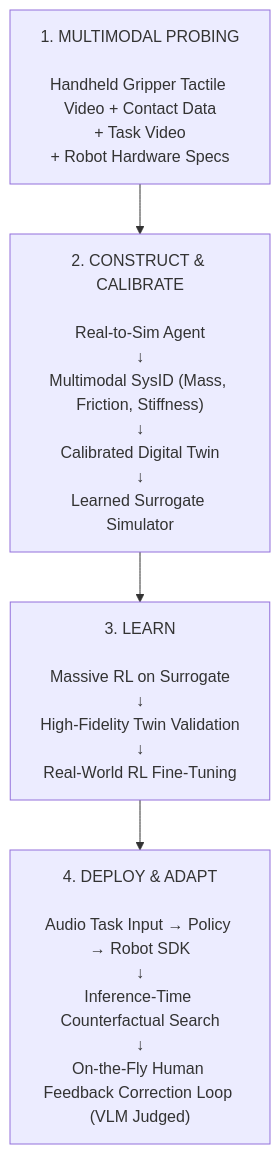
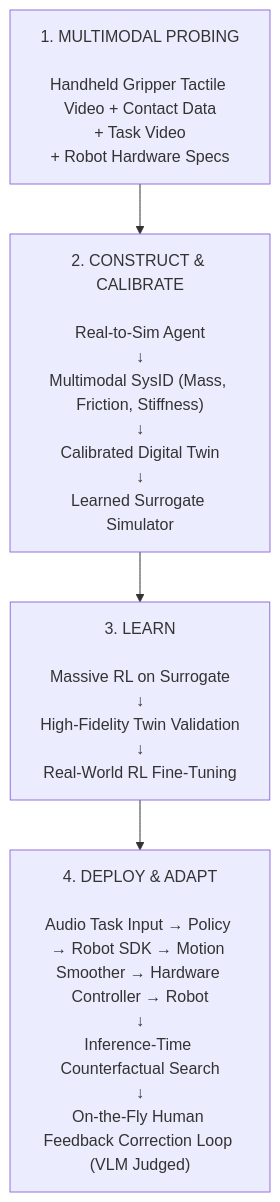
Diagram 11 of 11 in docs/specs/post-demo/lunch_robotics.md (Freelunch-AI/freelunch-ide), drawn with Mermaid before and after one commit. The commit also changed other lines of this file, not shown here.

````diff
--- a/docs/specs/post-demo/lunch_robotics.md
+++ b/docs/specs/post-demo/lunch_robotics.md
@@ -479,10 +438,10 @@
 ```mermaid
 flowchart TD
     A["1. MULTIMODAL PROBING<br/><br/>Handheld Gripper Tactile Video + Contact Data<br/>+ Task Video<br/>+ Robot Hardware Specs"]
 
     A --> B["2. CONSTRUCT & CALIBRATE<br/><br/>Real-to-Sim Agent<br/>↓<br/>Multimodal SysID (Mass, Friction, Stiffness)<br/>↓<br/>Calibrated Digital Twin<br/>↓<br/>Learned Surrogate Simulator"]
 
     B --> C["3. LEARN<br/><br/>Massive RL on Surrogate<br/>↓<br/>High-Fidelity Twin Validation<br/>↓<br/>Real-World RL Fine-Tuning"]
 
-    C --> D["4. DEPLOY & ADAPT<br/><br/>Audio Task Input → Policy → Robot SDK<br/>↓<br/>Inference-Time Counterfactual Search<br/>↓<br/>On-the-Fly Human Feedback Correction Loop (VLM Judged)"]
+    C --> D["4. DEPLOY & ADAPT<br/><br/>Audio Task Input → Policy → Robot SDK → Motion Smoother → Hardware Controller → Robot<br/>↓<br/>Inference-Time Counterfactual Search<br/>↓<br/>On-the-Fly Human Feedback Correction Loop (VLM Judged)"]
 ```
````
